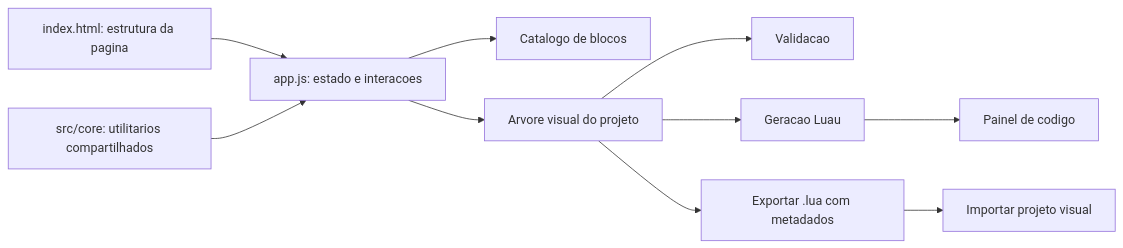
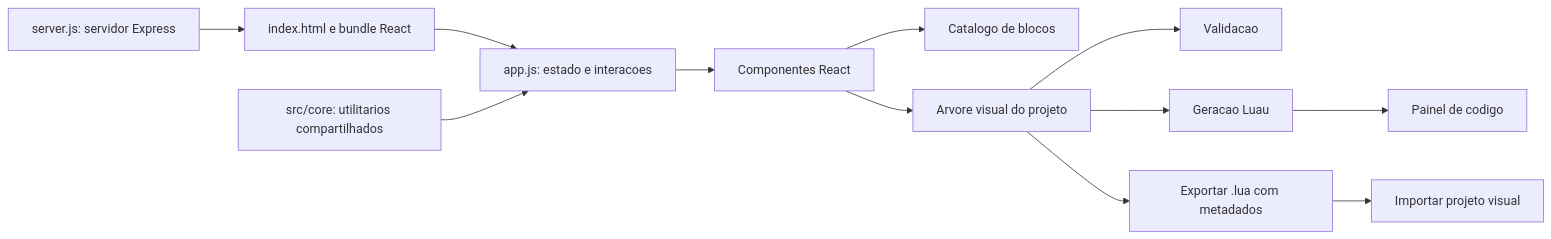
Before and after one commit to tnoronho-SG/Roblox-Code-Editor: the diagram in docs/estrutura-do-site.md, drawn with Mermaid. The commit also changed other lines of this file and 11 other files, not shown here.

````diff
--- a/docs/estrutura-do-site.md
+++ b/docs/estrutura-do-site.md
@@ -15,12 +15,14 @@
 ```mermaid
 flowchart LR
-    HTML[index.html: estrutura da pagina] --> APP[app.js: estado e interacoes]
-    APP --> CATALOG[Catalogo de blocos]
-    APP --> TREE[Arvore visual do projeto]
+    EXPRESS[server.js: servidor Express] --> HTML[index.html e bundle React]
+    HTML --> APP[app.js: estado e interacoes]
+    APP --> COMPONENTS[Componentes React]
+    COMPONENTS --> CATALOG[Catalogo de blocos]
+    COMPONENTS --> TREE[Arvore visual do projeto]
     TREE --> VALIDATE[Validacao]
     TREE --> GENERATE[Geracao Luau]
     GENERATE --> OUTPUT[Painel de codigo]
     TREE --> SAVE[Exportar .lua com metadados]
     SAVE --> LOAD[Importar projeto visual]
     CORE[src/core: utilitarios compartilhados] --> APP
 ```
````
